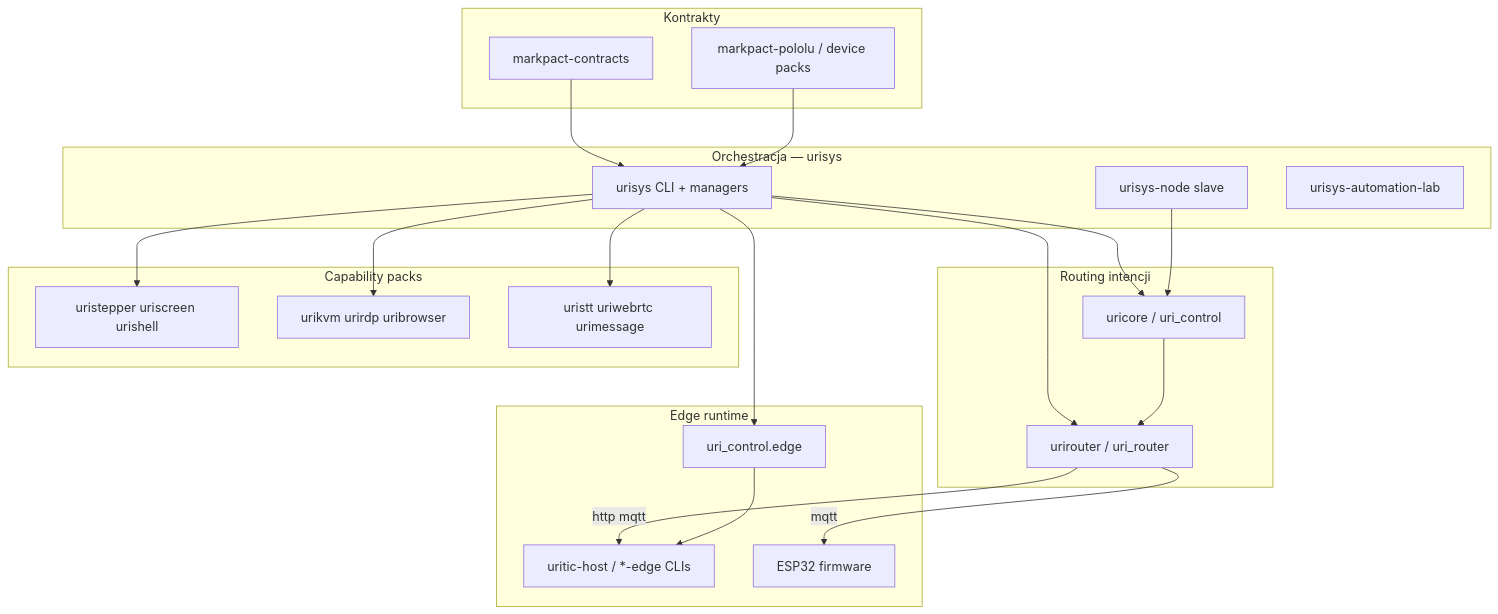
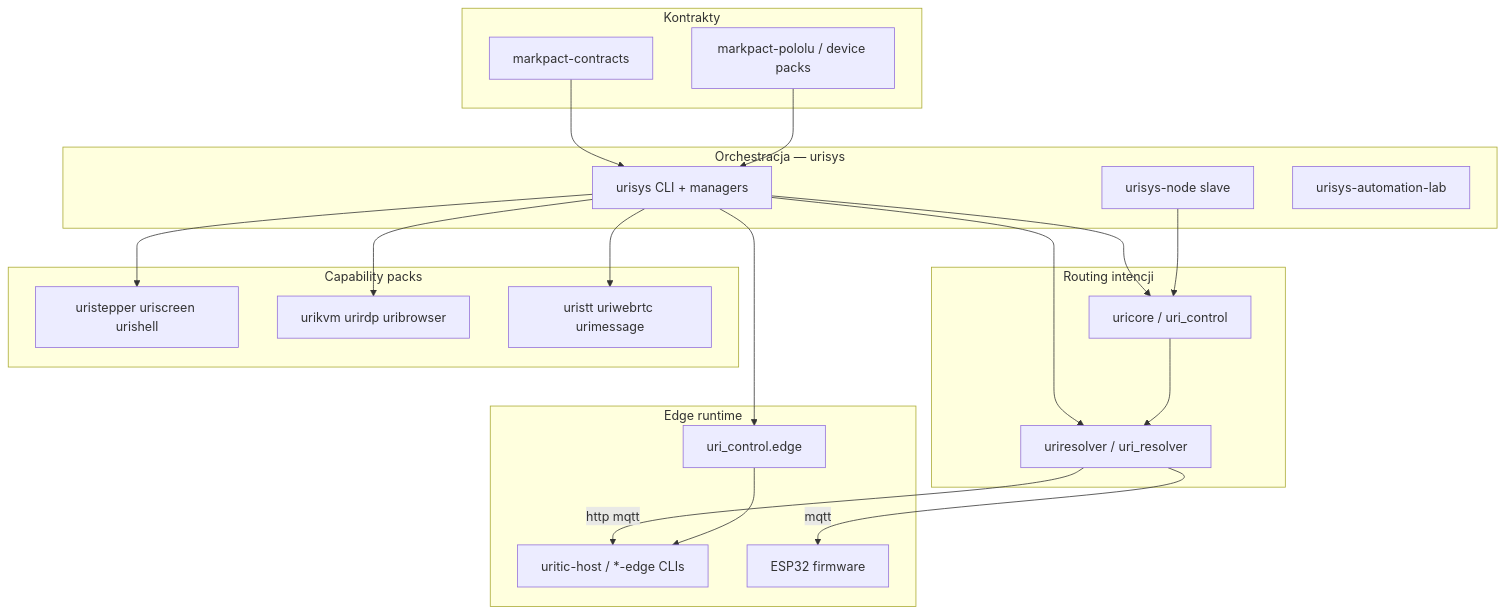
The first of 2 diagrams in docs/MESH.md (tellmesh/urisys), drawn with Mermaid before and after one commit. The commit also changed other lines of this file and 35 other files, not shown here.

````diff
--- a/docs/MESH.md
+++ b/docs/MESH.md
@@ -7,44 +7,44 @@
 ```mermaid
 flowchart TB
   subgraph contracts [Kontrakty]
     MC[markpact-contracts]
     MP[markpact-pololu / device packs]
   end
 
   subgraph orchestration [Orchestracja — urisys]
     US[urisys CLI + managers]
     USN[urisys-node slave]
     LAB[urisys-automation-lab]
   end
 
   subgraph routing [Routing intencji]
-    UR[urirouter / uri_router]
+    UR[uriresolver / uri_resolver]
     UC[uricore / uri_control]
   end
 
   subgraph edge [Edge runtime]
     EDGE[uri_control.edge]
     HOST[uritic-host / *-edge CLIs]
     FW[ESP32 firmware]
   end
 
   subgraph packs [Capability packs]
     P1[uristepper uriscreen urishell]
     P2[urikvm urirdp uribrowser]
     P3[uristt uriwebrtc urimessage]
   end
 
   MC --> US
   MP --> US
   US --> UC
   US --> UR
   UC --> UR
   UR -->|http mqtt| HOST
   UR -->|mqtt| FW
   EDGE --> HOST
   US --> EDGE
   US --> P1
   US --> P2
   US --> P3
   USN --> UC
 ```
````
